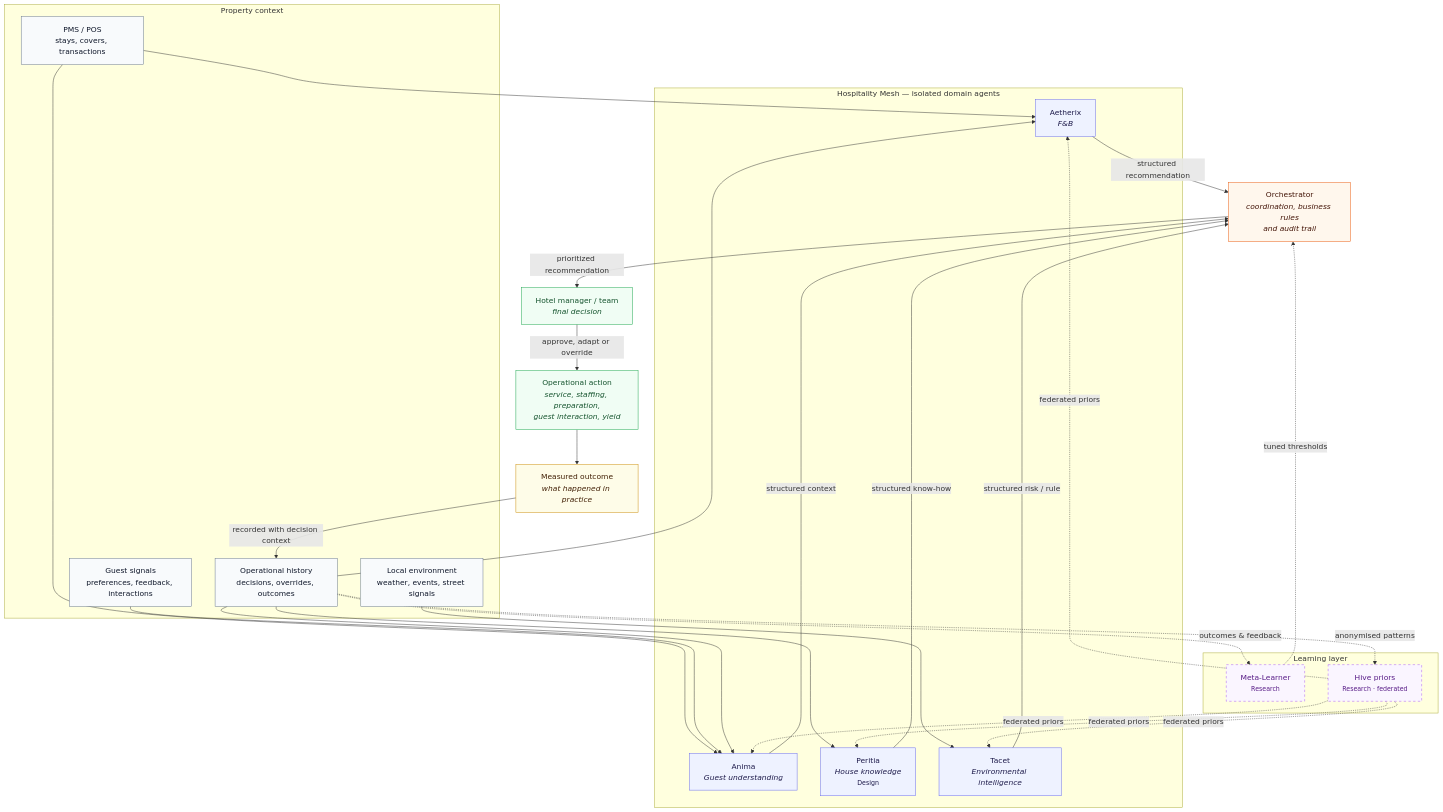
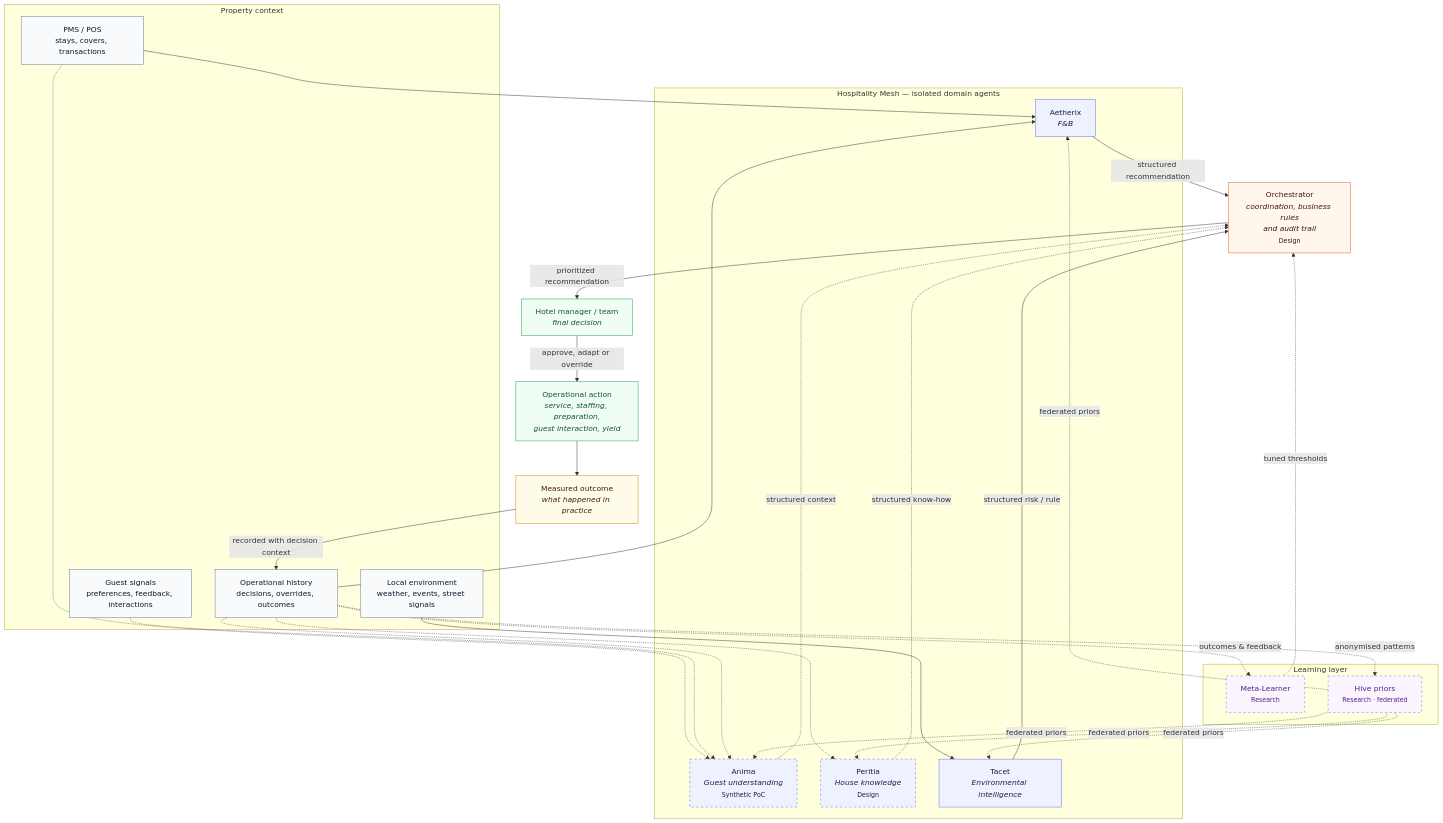
The diagram in README.md (IvandeMurard/Hospitality-Multi-agent-Architecture), drawn with Mermaid before and after one commit. The commit also changed other lines of this file, not shown here.

Commit message:
Dash what is not running, and state why the Orchestrator is unbuilt
Anima is a Synthetic PoC and Peritia has no code, so every edge touching them is
now dashed and both carry their label in the node. The Orchestrator carries its
own Design label, and the caption says the uncomfortable part out loud: one Built
node feeding a coordination layer that is specified and not written.

Then the reason, which is an argument rather than an apology. A graph earns its
cost through routing, parallelism or durability; with one node answering there is
nothing to route, and building the layer anyway is the over-engineering the
agent-architecture literature names as the default failure mode. It gets built
when a second node has users. Stated so it can be checked against: an Orchestrator
shipped with one live node behind it would falsify it.

Peritia's roster line now names the head concierge rather than the head chef —
the neighbourhood knowledge that leaves is the sharper example.

Claude-Session: https://claude.ai/code/session_01WyKoFSVaMr32E8tbKpgG9u

````diff
--- a/README.md
+++ b/README.md
@@ -91,75 +91,77 @@
 ```mermaid
 flowchart TB
     %% Context sources
     subgraph CONTEXT["Property context"]
         PMS["PMS / POS<br/>stays, covers, transactions"]
         GUEST["Guest signals<br/>preferences, feedback, interactions"]
         OPS["Operational history<br/>decisions, overrides, outcomes"]
         ENV["Local environment<br/>weather, events, street signals"]
     end
 
     %% Specialized, isolated agents
     subgraph MESH["Hospitality Mesh — isolated domain agents"]
         A["Aetherix<br/><i>F&B</i>"]
-        N["Anima<br/><i>Guest understanding</i>"]
+        N["Anima<br/><i>Guest understanding</i><br/><small>Synthetic PoC</small>"]
         P["Peritia<br/><i>House knowledge</i><br/><small>Design</small>"]
         T["Tacet<br/><i>Environmental intelligence</i>"]
     end
 
     %% Coordination and human decision
-    O["Orchestrator<br/><i>coordination, business rules<br/>and audit trail</i>"]
+    O["Orchestrator<br/><i>coordination, business rules<br/>and audit trail</i><br/><small>Design</small>"]
     H["Hotel manager / team<br/><i>final decision</i>"]
     ACTION["Operational action<br/><i>service, staffing, preparation,<br/>guest interaction, yield</i>"]
     OUTCOME["Measured outcome<br/><i>what happened in practice</i>"]
 
     %% Continuous learning: prospective
     subgraph LEARNING["Learning layer"]
         ML["Meta-Learner<br/><small>Research</small>"]
         HP["Hive priors<br/><small>Research · federated</small>"]
     end
 
     %% Context to agents
     PMS --> A
-    PMS --> N
-    GUEST --> N
+    PMS -.-> N
+    GUEST -.-> N
     OPS --> A
-    OPS --> N
-    OPS --> P
+    OPS -.-> N
+    OPS -.-> P
     ENV --> T
 
     %% Agent output to orchestration
     A -->|"structured recommendation"| O
-    N -->|"structured context"| O
-    P -->|"structured know-how"| O
+    N -.->|"structured context"| O
+    P -.->|"structured know-how"| O
     T -->|"structured risk / rule"| O
 
     %% Human-centred loop
     O -->|"prioritized recommendation"| H
     H -->|"approve, adapt or override"| ACTION
     ACTION --> OUTCOME
     OUTCOME -->|"recorded with decision context"| OPS
 
     %% Prospectively learned layer
     OPS -.->|"outcomes & feedback"| ML
     ML -.->|"tuned thresholds"| O
     OPS -.->|"anonymised patterns"| HP
     HP -.->|"federated priors"| A
     HP -.->|"federated priors"| N
     HP -.->|"federated priors"| P
     HP -.->|"federated priors"| T
 
     %% Styling
     classDef source fill:#F8FAFC,stroke:#64748B,color:#0F172A;
     classDef agent fill:#EEF2FF,stroke:#6366F1,color:#1E1B4B;
     classDef orchestration fill:#FFF7ED,stroke:#EA580C,color:#431407;
     classDef human fill:#F0FDF4,stroke:#16A34A,color:#14532D;
     classDef outcome fill:#FEFCE8,stroke:#CA8A04,color:#422006;
     classDef research fill:#FAF5FF,stroke:#A855F7,color:#581C87,stroke-dasharray: 5 5;
+    classDef notlive fill:#EEF2FF,stroke:#6366F1,color:#1E1B4B,stroke-dasharray: 5 5;
 
     class PMS,GUEST,OPS,ENV source;
-    class A,N,P,T agent;
+    class A,T agent;
+    class N,P notlive;
     class O orchestration;
     class H,ACTION human;
     class OUTCOME outcome;
     class ML,HP research;
 ```
````
